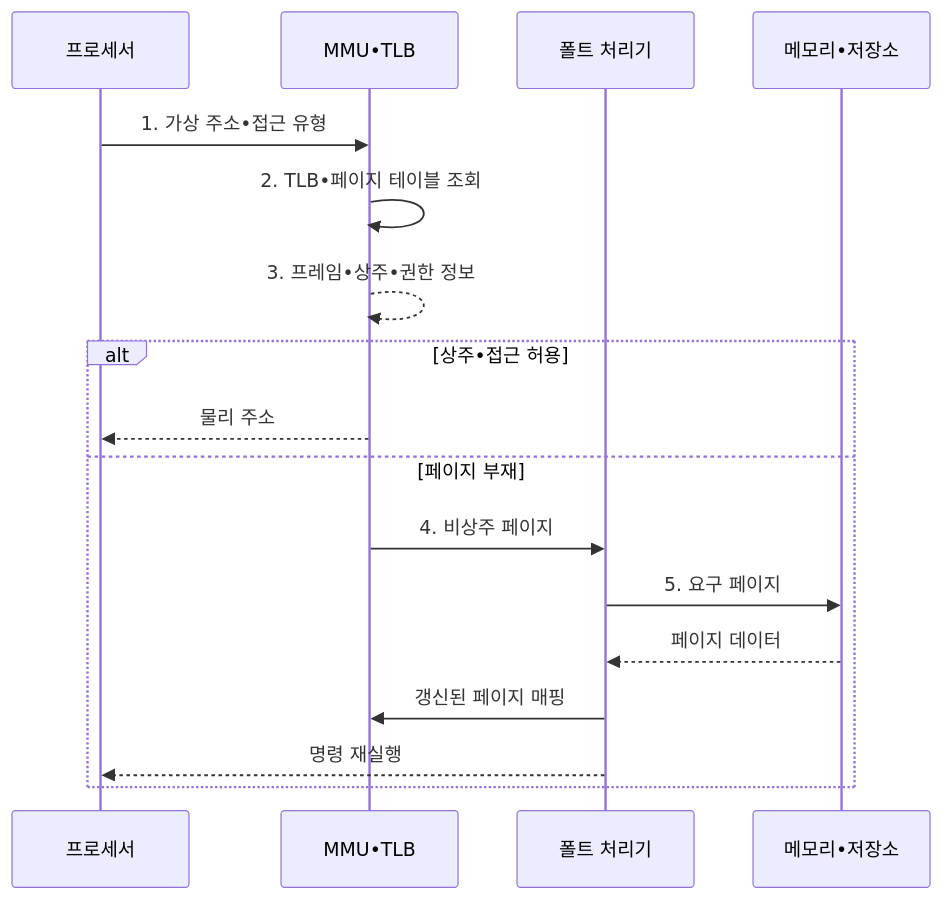
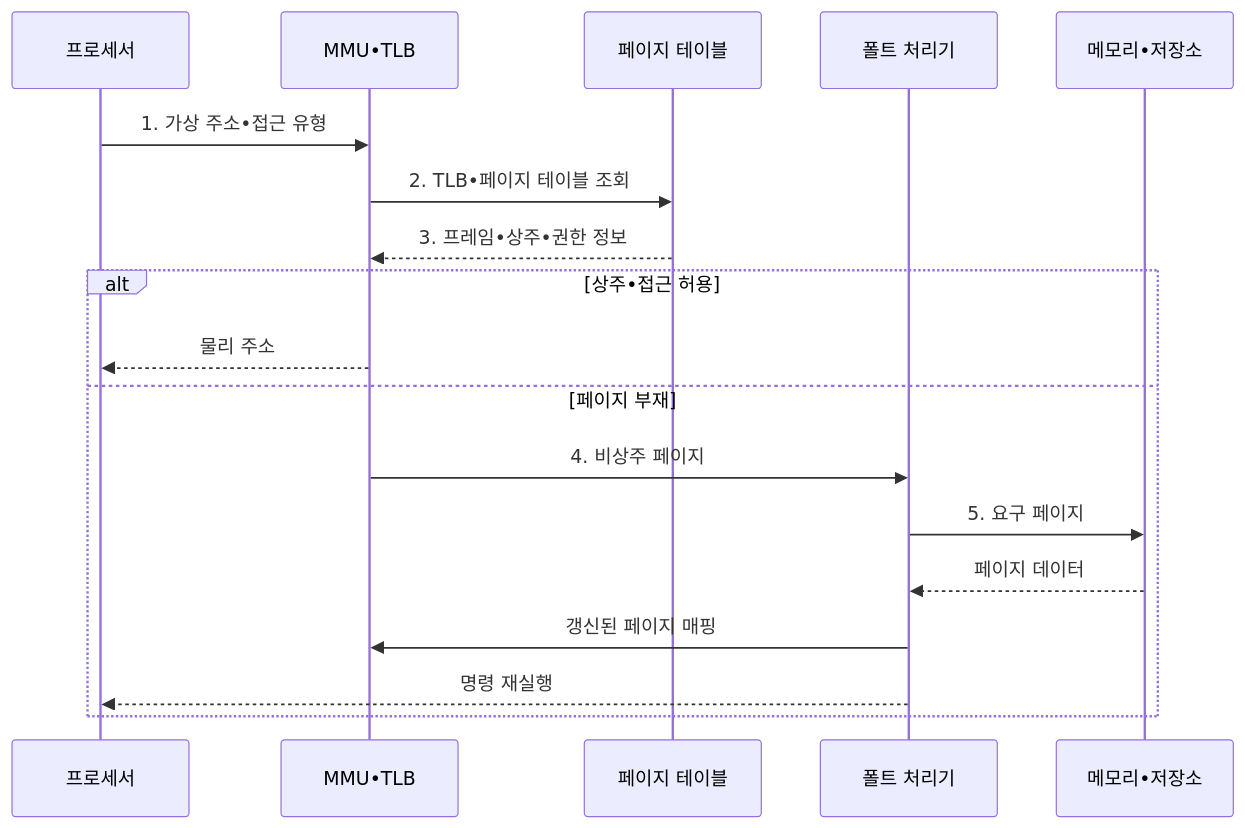
Before and after one commit to agnusdei1207/knowledge-base: the second of 2 diagrams in src/content/docs/notes/03-software/015_virtual_memory.md, drawn with Mermaid. The commit also changed other lines of this file and 12 other files, not shown here.

````diff
--- a/src/content/docs/notes/03-software/015_virtual_memory.md
+++ b/src/content/docs/notes/03-software/015_virtual_memory.md
@@ -99,19 +99,20 @@
 ```mermaid
 sequenceDiagram
     participant C as 프로세서
     participant L as MMU•TLB
+    participant T as 페이지 테이블
     participant H as 폴트 처리기
     participant B as 메모리•저장소
     C->>L: 1. 가상 주소•접근 유형
-    L->>L: 2. TLB•페이지 테이블 조회
-    L-->>L: 3. 프레임•상주•권한 정보
+    L->>T: 2. TLB•페이지 테이블 조회
+    T-->>L: 3. 프레임•상주•권한 정보
     alt 상주•접근 허용
         L-->>C: 물리 주소
     else 페이지 부재
         L->>H: 4. 비상주 페이지
         H->>B: 5. 요구 페이지
         B-->>H: 페이지 데이터
         H->>L: 갱신된 페이지 매핑
         H-->>C: 명령 재실행
     end
 ```
````
